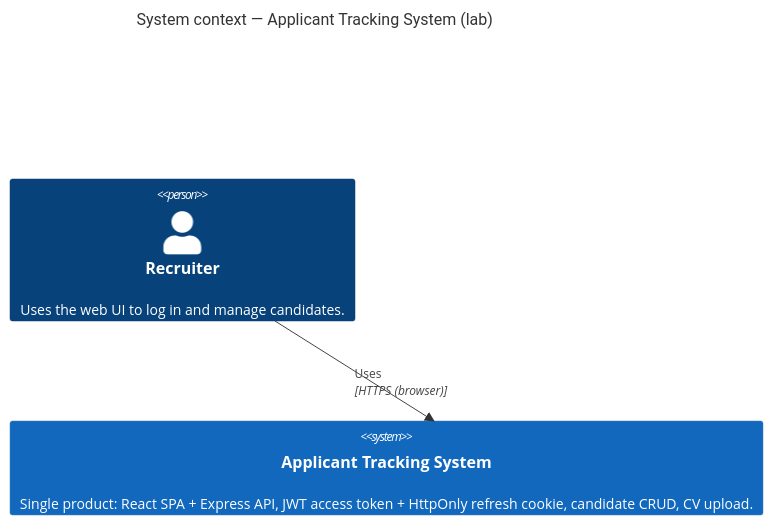
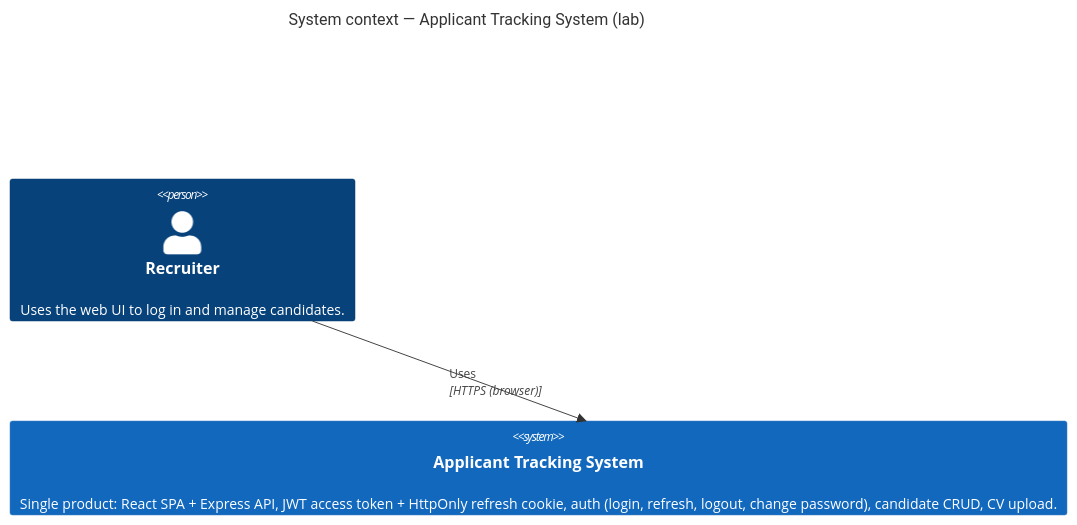
One commit to ArnauAregall/AI4Devs-lab-ides-202602-Seniors changed the first of 2 diagrams in docs/c4-architecture-diagram.md. Above: the diagram before and after it, drawn with Mermaid. The commit also changed other lines of this file and 40 other files, not shown here.

````diff
--- a/docs/c4-architecture-diagram.md
+++ b/docs/c4-architecture-diagram.md
@@ -9,10 +9,10 @@
 ```mermaid
 C4Context
 title System context — Applicant Tracking System (lab)
 
 Person(recruiter, "Recruiter", "Uses the web UI to log in and manage candidates.")
 
-System(ats, "Applicant Tracking System", "Single product: React SPA + Express API, JWT access token + HttpOnly refresh cookie, candidate CRUD, CV upload.")
+System(ats, "Applicant Tracking System", "Single product: React SPA + Express API, JWT access token + HttpOnly refresh cookie, auth (login, refresh, logout, change password), candidate CRUD, CV upload.")
 
 Rel(recruiter, ats, "Uses", "HTTPS (browser)")
 ```
````
